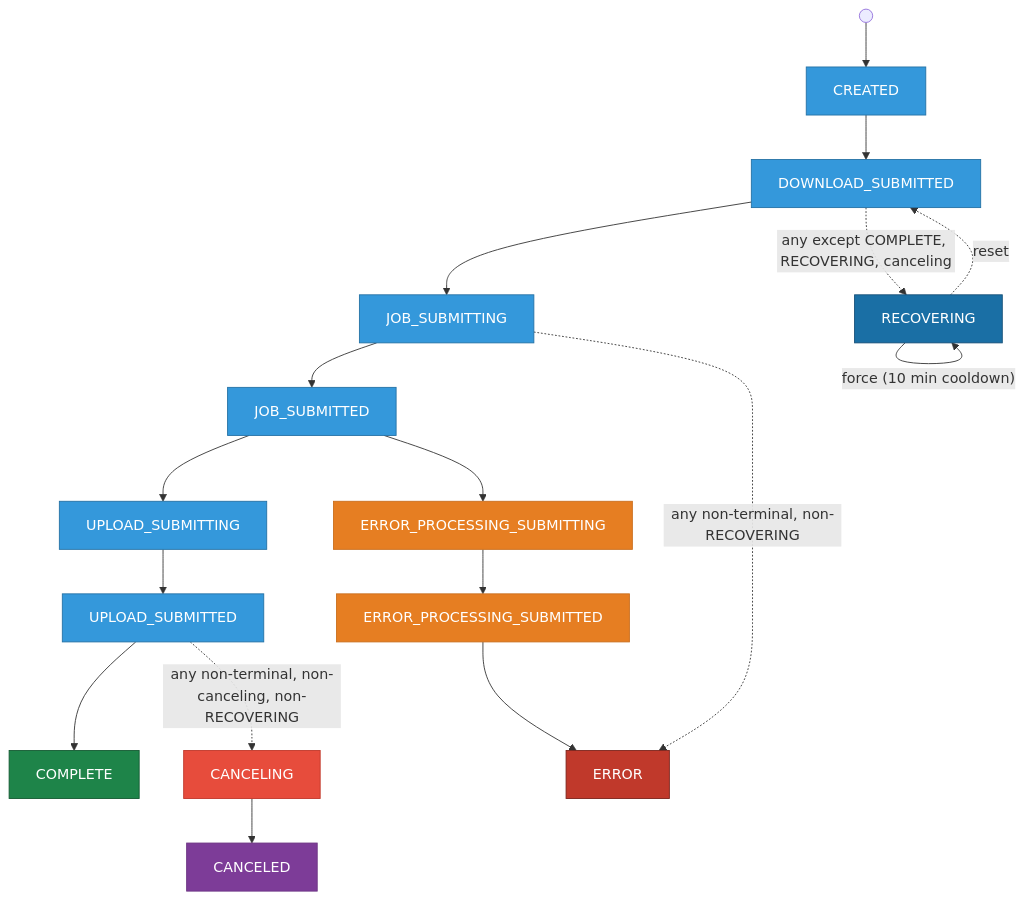
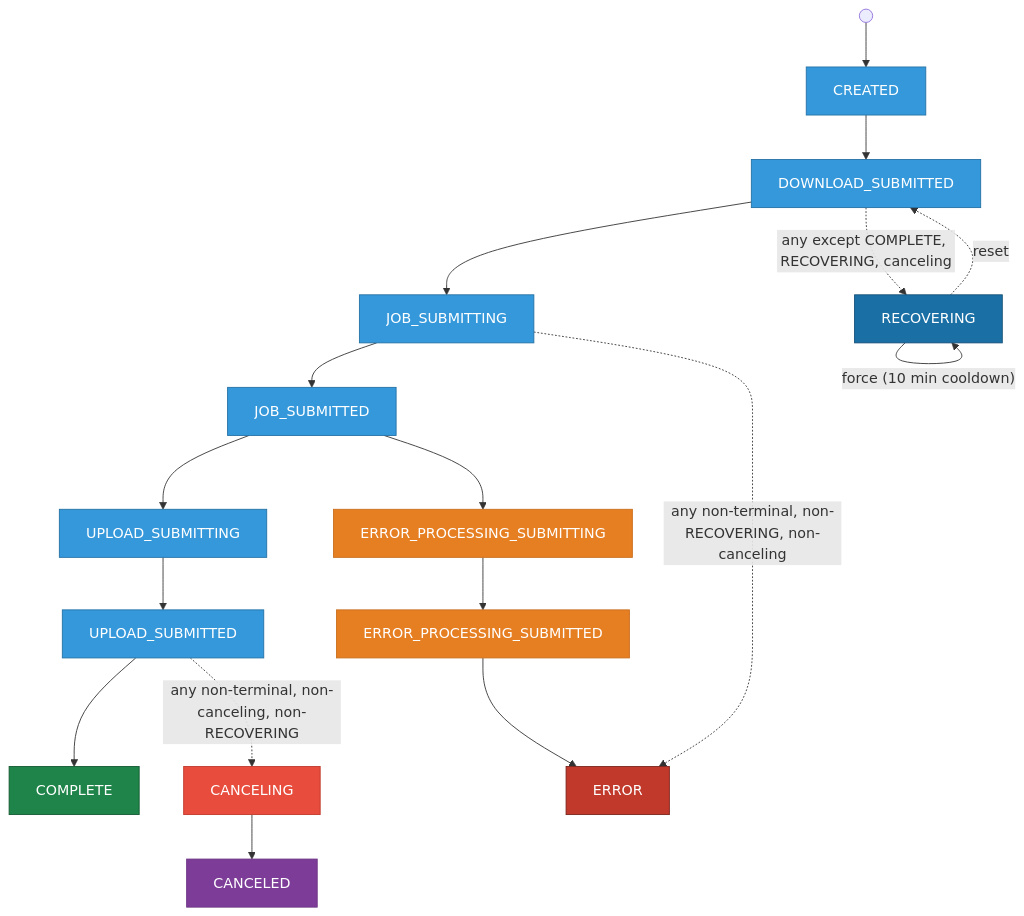
One commit to kbase/cdm-task-service changed the diagram in design/fsm_diagram.md. Above: the diagram before and after it, drawn with Mermaid. The commit also changed 5 other files, not shown here.

````diff
--- a/design/fsm_diagram.md
+++ b/design/fsm_diagram.md
@@ -10,48 +10,48 @@
 ```mermaid
 flowchart TD
     s(( )) --> CREATED
 
     %% ── Happy path ──────────────────────────────────────────────────
     CREATED --> DS[DOWNLOAD_SUBMITTED]
     DS      --> JSIng[JOB_SUBMITTING]
     JSIng   --> JSd[JOB_SUBMITTED]
     JSd     --> USIng[UPLOAD_SUBMITTING]
     USIng   --> USd[UPLOAD_SUBMITTED]
     USd     --> COMPLETE[COMPLETE]
 
     %% ── Error-processing path (declared first → tends to go left) ──
     JSd    --> EPSIng[ERROR_PROCESSING_SUBMITTING]
     EPSIng --> EPSd[ERROR_PROCESSING_SUBMITTED]
     EPSd   --> ERROR[ERROR]
 
-    %% Representative: any non-terminal state can reach ERROR directly
-    JSIng -.->|"any non-terminal, non-RECOVERING"| ERROR
+    %% Representative: any non-terminal state can reach ERROR directly (not CANCELING)
+    JSIng -.->|"any non-terminal, non-RECOVERING, non-canceling"| ERROR
 
     %% ── Cancel path ─────────────────────────────────────────────────
     %% Representative: any non-terminal, non-RECOVERING state can cancel
     USd -.->|"any non-terminal, non-canceling, non-RECOVERING"| CANCELING[CANCELING]
     CANCELING --> CANCELED[CANCELED]
 
     %% ── Recovery ────────────────────────────────────────────────────
     %% Representative: any except COMPLETE, RECOVERING, and cancel states
     DS -.->|"any except COMPLETE, RECOVERING, canceling"| RECOVERING[RECOVERING]
     RECOVERING -->|"force (10 min cooldown)"| RECOVERING
     RECOVERING -.->|reset| DS
 
     %% ── Styles ──────────────────────────────────────────────────────
     classDef normal  fill:#3498db,stroke:#2471a5,color:white
     classDef term    fill:#1e8449,stroke:#145a32,color:white
     classDef errTerm fill:#c0392b,stroke:#7b241c,color:white
     classDef canTerm fill:#7d3c98,stroke:#6c3483,color:white
     classDef eps     fill:#e67e22,stroke:#ca6f1e,color:white
     classDef rec     fill:#1a6fa5,stroke:#154f78,color:white
     classDef canNode fill:#e74c3c,stroke:#c0392b,color:white
 
     class CREATED,DS,JSIng,JSd,USIng,USd normal
     class COMPLETE term
     class ERROR errTerm
     class CANCELED canTerm
     class EPSIng,EPSd eps
     class RECOVERING rec
     class CANCELING canNode
 ```
````
